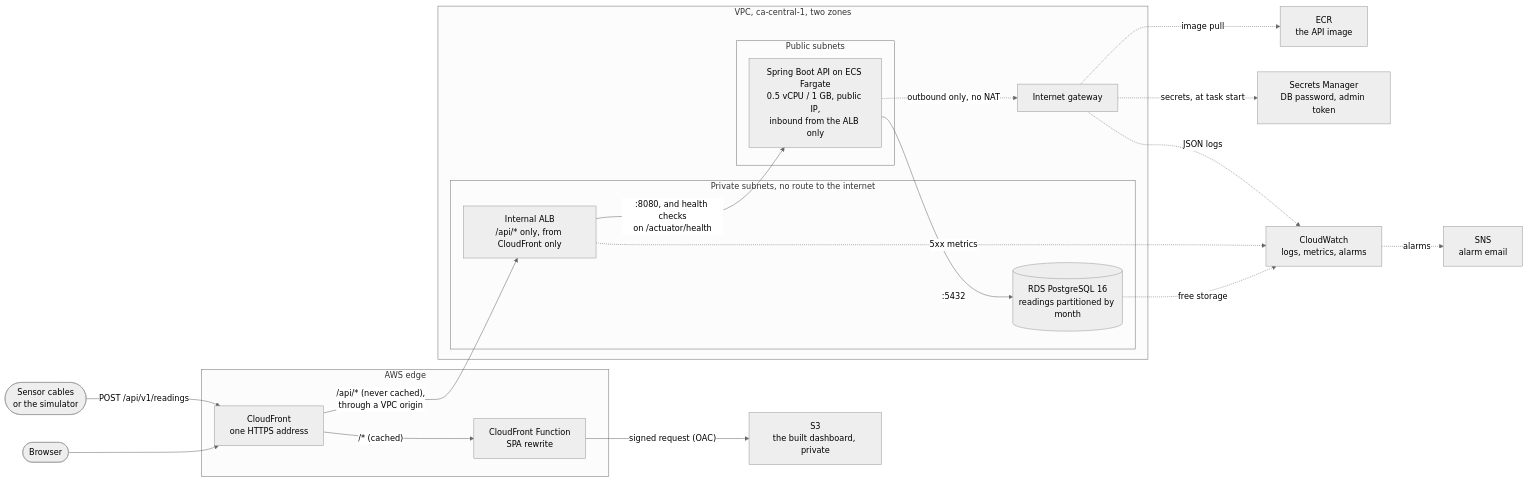
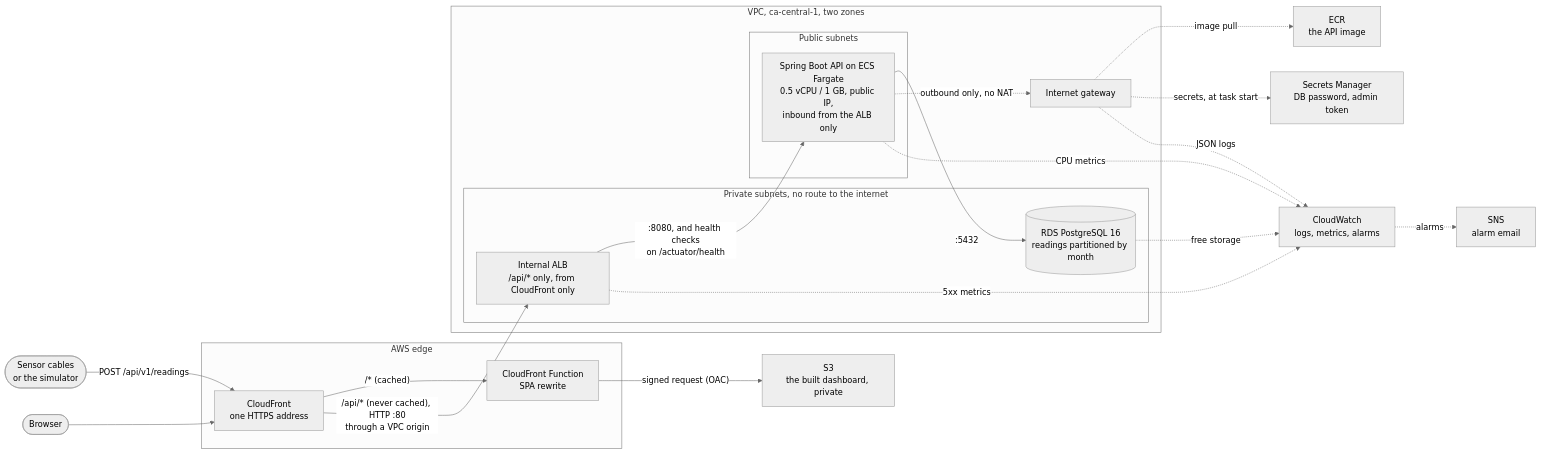
One commit to Bacchetto/grain-bin-monitoring changed the first of 3 diagrams in docs/architecture.md. Above: the diagram before and after it, drawn with Mermaid (neutral theme). The commit also changed other lines of this file, not shown here.

First line of the commit message:
docs: align the architecture diagrams with the code in detail

````diff
--- a/docs/architecture.md
+++ b/docs/architecture.md
@@ -11,42 +11,43 @@
 ```mermaid
 flowchart LR
     devices(["Sensor cables<br/>or the simulator"])
     browser(["Browser"])
 
     subgraph edge ["AWS edge"]
         cf["CloudFront<br/>one HTTPS address"]
         fn["CloudFront Function<br/>SPA rewrite"]
     end
 
     subgraph vpc ["VPC, ca-central-1, two zones"]
         igw["Internet gateway"]
         subgraph private ["Private subnets, no route to the internet"]
             alb["Internal ALB<br/>/api/* only, from CloudFront only"]
             db[("RDS PostgreSQL 16<br/>readings partitioned by month")]
         end
         subgraph public ["Public subnets"]
             api["Spring Boot API on ECS Fargate<br/>0.5 vCPU / 1 GB, public IP,<br/>inbound from the ALB only"]
         end
     end
 
     s3["S3<br/>the built dashboard, private"]
     ecr["ECR<br/>the API image"]
     secrets["Secrets Manager<br/>DB password, admin token"]
     cw["CloudWatch<br/>logs, metrics, alarms"]
     sns["SNS<br/>alarm email"]
 
     devices -- "POST /api/v1/readings" --> cf
     browser --> cf
     cf -- "/* (cached)" --> fn
     fn -- "signed request (OAC)" --> s3
-    cf -- "/api/* (never cached),<br/>through a VPC origin" --> alb
+    cf -- "/api/* (never cached), HTTP :80<br/>through a VPC origin" --> alb
     alb -- ":8080, and health checks<br/>on /actuator/health" --> api
     api -- ":5432" --> db
     api -. "outbound only, no NAT" .-> igw
     igw -. "image pull" .-> ecr
     igw -. "secrets, at task start" .-> secrets
     igw -. "JSON logs" .-> cw
     alb -. "5xx metrics" .-> cw
+    api -. "CPU metrics" .-> cw
     db -. "free storage" .-> cw
     cw -. "alarms" .-> sns
 ```
````
